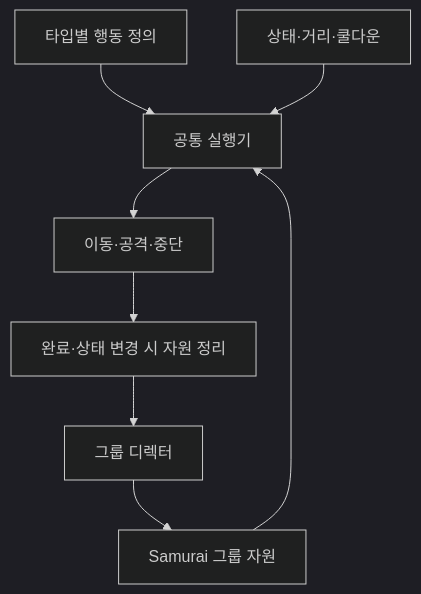
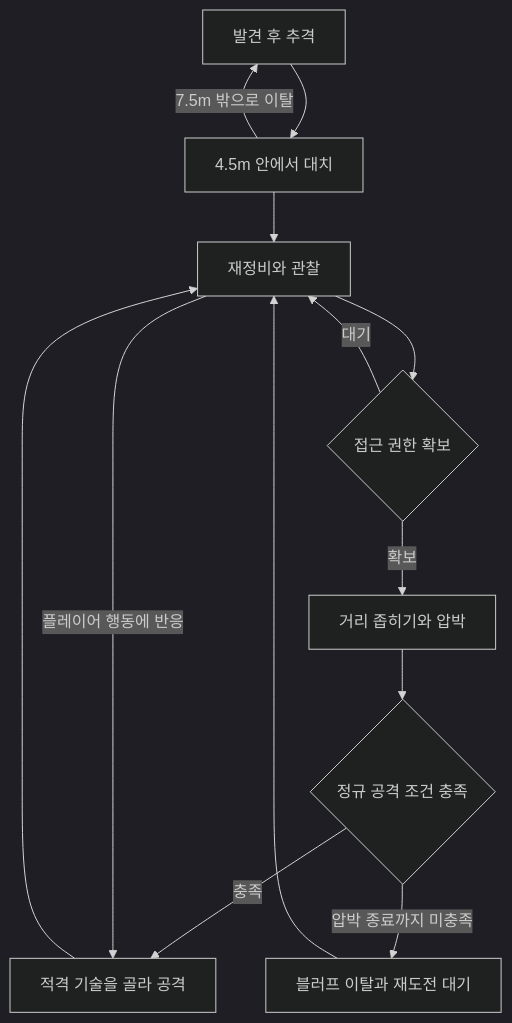
One commit to imjae/imjae.github.io changed the diagram in content/articles/gameplay/monster-combat.md. Above: the diagram before and after it, drawn with Mermaid (dark theme). The commit also changed other lines of this file and 18 other files, not shown here.

````diff
--- a/content/articles/gameplay/monster-combat.md
+++ b/content/articles/gameplay/monster-combat.md
@@ -27,10 +86,15 @@
 ```mermaid
 flowchart TD
-    A[타입별 행동 정의] --> B[공통 실행기]
-    C[상태·거리·쿨다운] --> B
-    D[그룹 디렉터] --> E[Samurai 그룹 자원]
-    E --> B
-    B --> F[이동·공격·중단]
-    F --> G[완료·상태 변경 시 자원 정리]
-    G --> D
+    A[발견 후 추격] --> B[4.5m 안에서 대치]
+    B --> C[재정비와 관찰]
+    C --> D{접근 권한 확보}
+    D -->|대기| C
+    D -->|확보| E[거리 좁히기와 압박]
+    E --> F{정규 공격 조건 충족}
+    F -->|충족| G[적격 기술을 골라 공격]
+    F -->|압박 종료까지 미충족| H[블러프 이탈과 재도전 대기]
+    G --> C
+    H --> C
+    C -->|플레이어 행동에 반응| G
+    B -->|7.5m 밖으로 이탈| A
 ```
````
